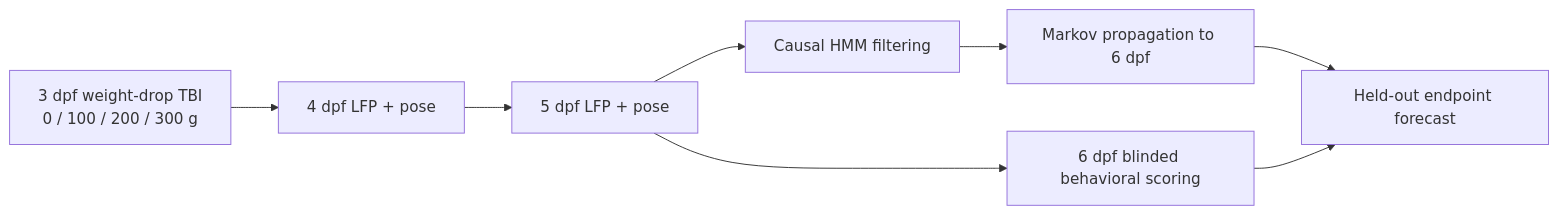
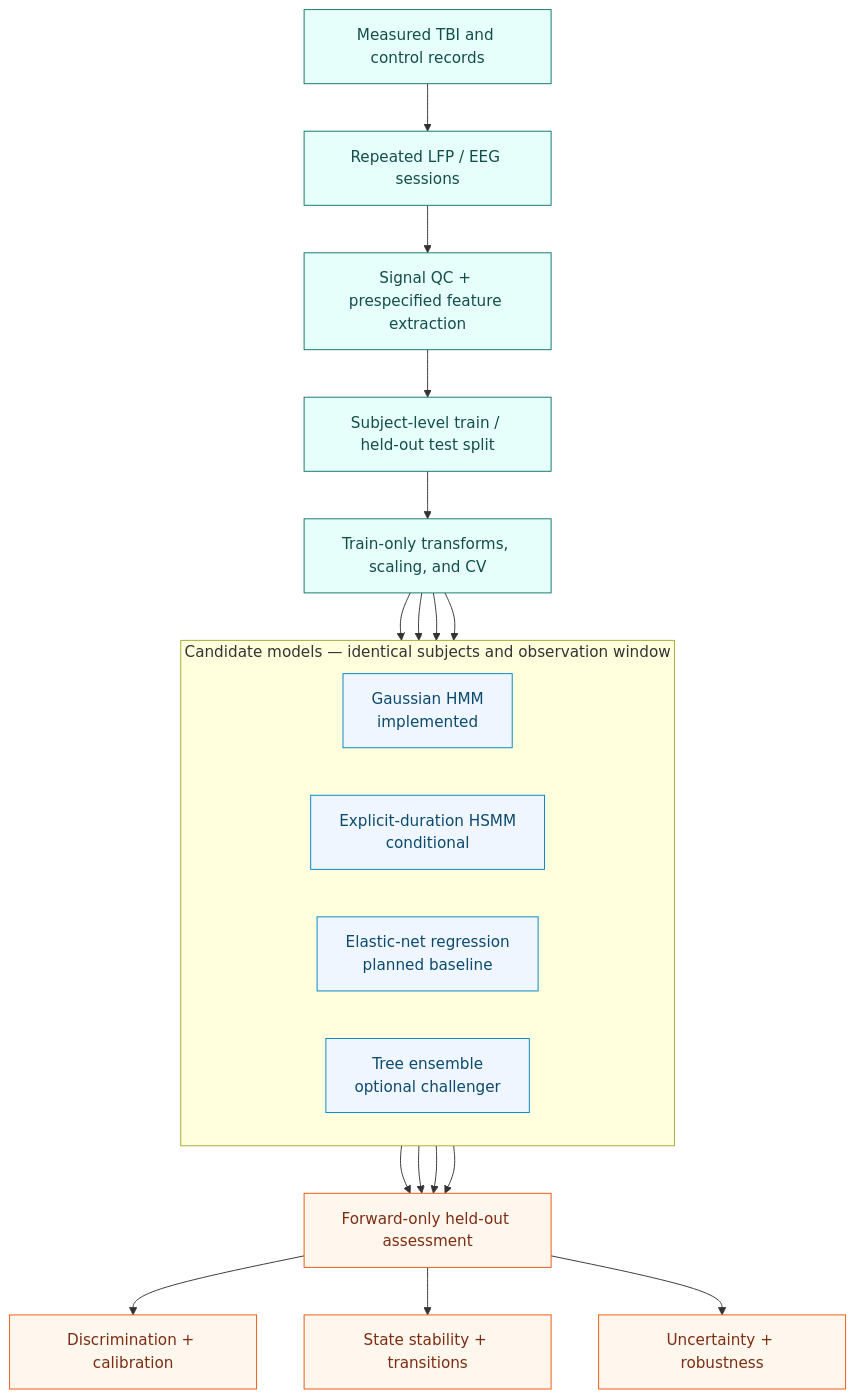
One commit to josephreggy23-coder/Latent-Period-Epileptogenesis-Assessment-Via-Markov-Modeling changed the diagram in README.md. Above: the diagram before and after it, drawn with Mermaid. The commit also changed other lines of this file and 1 other file, not shown here.

Commit message:
docs: publish measured-data README and model comparison

````diff
--- a/README.md
+++ b/README.md
@@ -61,10 +181,36 @@
 ```mermaid
-flowchart LR
-    A["3 dpf weight-drop TBI<br/>0 / 100 / 200 / 300 g"] --> B["4 dpf LFP + pose"]
-    B --> C["5 dpf LFP + pose"]
-    C --> D["Causal HMM filtering"]
-    D --> E["Markov propagation to 6 dpf"]
-    E --> F["Held-out endpoint forecast"]
-    C --> G["6 dpf blinded behavioral scoring"]
-    G --> F
+flowchart TB
+    A["Measured TBI and control records"] --> B["Repeated LFP / EEG sessions"]
+    B --> C["Signal QC + prespecified feature extraction"]
+    C --> D["Subject-level train / held-out test split"]
+    D --> E["Train-only transforms, scaling, and CV"]
+
+    subgraph M["Candidate models — identical subjects and observation window"]
+      direction LR
+      F["Gaussian HMM<br/>implemented"]
+      G["Explicit-duration HSMM<br/>conditional"]
+      H["Elastic-net regression<br/>planned baseline"]
+      I["Tree ensemble<br/>optional challenger"]
+    end
+
+    E --> F
+    E --> G
+    E --> H
+    E --> I
+
+    F --> J["Forward-only held-out assessment"]
+    G --> J
+    H --> J
+    I --> J
+
+    J --> K["Discrimination + calibration"]
+    J --> L["State stability + transitions"]
+    J --> N["Uncertainty + robustness"]
+
+    classDef input fill:#E6FFFB,stroke:#0F766E,color:#134E4A;
+    classDef model fill:#EFF6FF,stroke:#0284C7,color:#0C4A6E;
+    classDef output fill:#FFF7ED,stroke:#EA580C,color:#7C2D12;
+    class A,B,C,D,E input;
+    class F,G,H,I model;
+    class J,K,L,N output;
 ```
````
